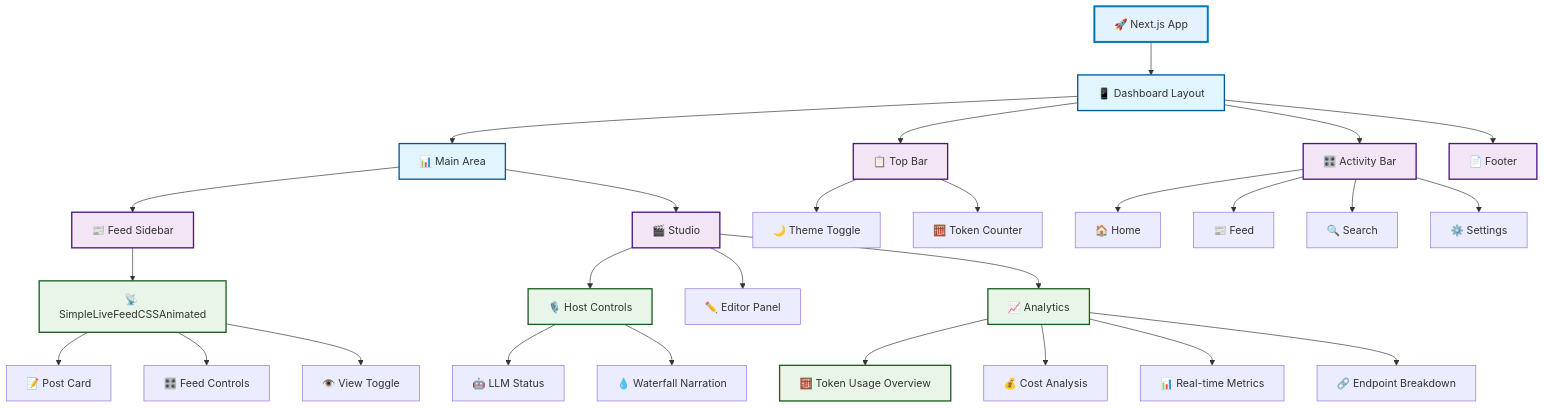
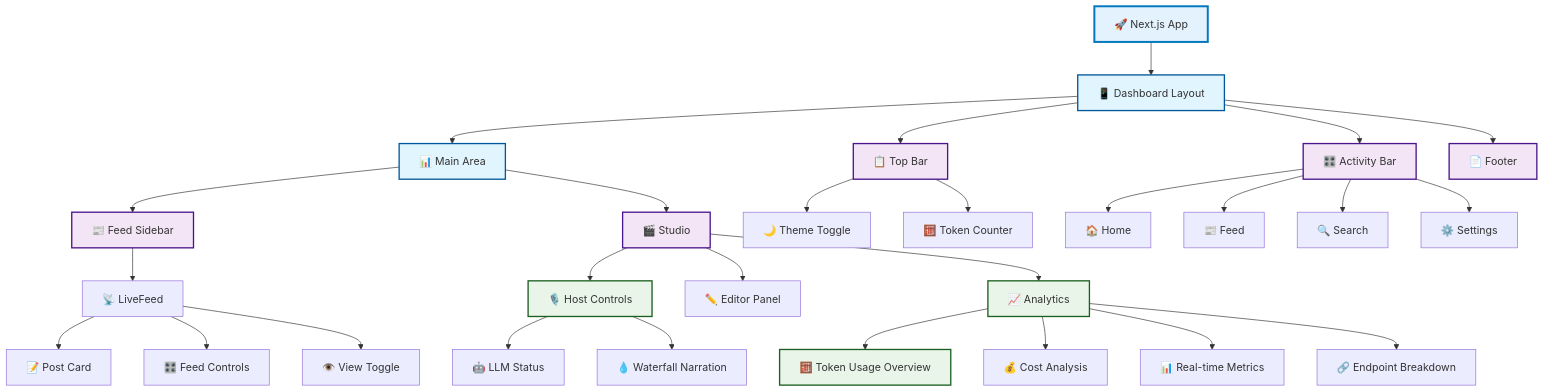
The third of 3 diagrams in .docs/dashboard-architecture.md (acdc-digital/SMNB), drawn with Mermaid before and after one commit. The commit also changed other lines of this file and 32 other files, not shown here.

````diff
--- a/.docs/dashboard-architecture.md
+++ b/.docs/dashboard-architecture.md
@@ -206,53 +206,53 @@
 ```mermaid
 flowchart TD
     App[🚀 Next.js App] --> DashboardLayout[📱 Dashboard Layout]
     
     DashboardLayout --> TopBar[📋 Top Bar]
     DashboardLayout --> ActivityBar[🎛️ Activity Bar]
     DashboardLayout --> MainArea[📊 Main Area]
     DashboardLayout --> Footer[📄 Footer]
     
     MainArea --> FeedSidebar[📰 Feed Sidebar]
     MainArea --> Studio[🎬 Studio]
     
     %% Feed Sidebar Components
-    FeedSidebar --> SimpleLiveFeed[📡 SimpleLiveFeedCSSAnimated]
-    SimpleLiveFeed --> PostCard[📝 Post Card]
-    SimpleLiveFeed --> FeedControls[🎛️ Feed Controls]
-    SimpleLiveFeed --> ViewToggle[👁️ View Toggle]
+    FeedSidebar --> LiveFeedComponent[📡 LiveFeed]
+    LiveFeedComponent --> PostCard[📝 Post Card]
+    LiveFeedComponent --> FeedControls[🎛️ Feed Controls]
+    LiveFeedComponent --> ViewToggle[👁️ View Toggle]
     
     %% Studio Components
     Studio --> HostControls[🎙️ Host Controls]
     Studio --> EditorPanel[✏️ Editor Panel]
     Studio --> AnalyticsSection[📈 Analytics]
     
     %% Host Controls
     HostControls --> LLMStatus[🤖 LLM Status]
     HostControls --> WaterfallNarration[💧 Waterfall Narration]
     
     %% Analytics Components
     AnalyticsSection --> TokenUsageOverview[🧮 Token Usage Overview]
     AnalyticsSection --> CostAnalysis[💰 Cost Analysis]
     AnalyticsSection --> RealTimeMetrics[📊 Real-time Metrics]
     AnalyticsSection --> EndpointBreakdown[🔗 Endpoint Breakdown]
     
     %% Top Bar Components
     TopBar --> ThemeToggle[🌙 Theme Toggle]
     TopBar --> TokenCounter[🧮 Token Counter]
     
     %% Activity Bar Icons
     ActivityBar --> HomeIcon[🏠 Home]
     ActivityBar --> FeedIcon[📰 Feed] 
     ActivityBar --> SearchIcon[🔍 Search]
     ActivityBar --> SettingsIcon[⚙️ Settings]
     
     classDef appBox fill:#e3f2fd,stroke:#0277bd,stroke-width:3px
     classDef layoutBox fill:#e1f5fe,stroke:#01579b,stroke-width:2px
     classDef componentBox fill:#f3e5f5,stroke:#4a148c,stroke-width:2px
     classDef featureBox fill:#e8f5e8,stroke:#1b5e20,stroke-width:2px
     
     class App appBox
     class DashboardLayout,MainArea layoutBox
     class FeedSidebar,Studio,TopBar,ActivityBar,Footer componentBox
     class SimpleLiveFeed,HostControls,AnalyticsSection,TokenUsageOverview featureBox
 ```
````
